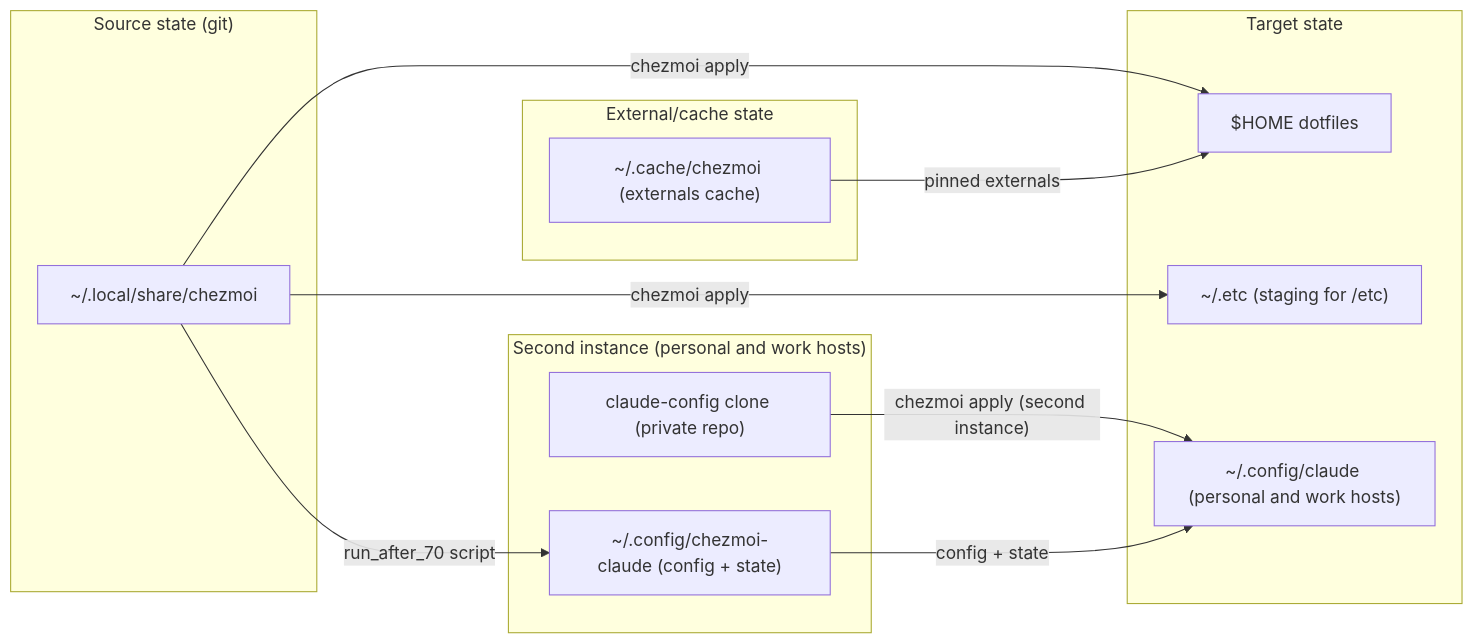
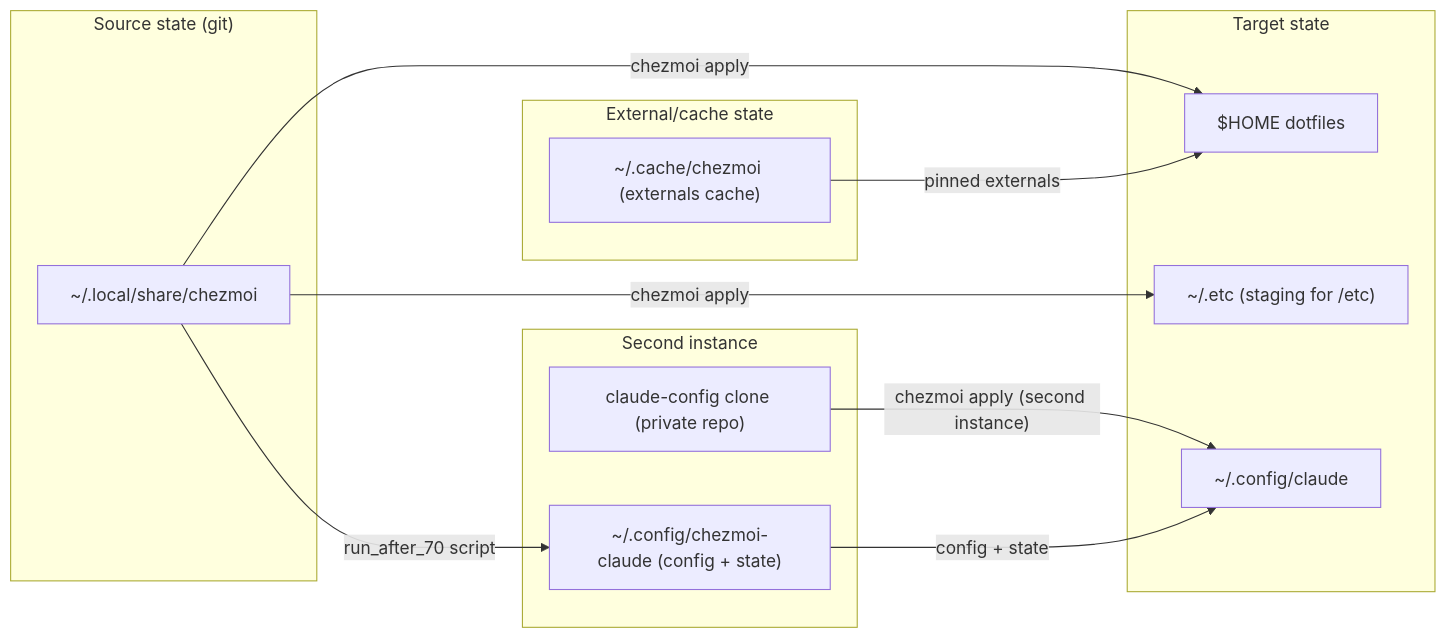
Before and after one commit to rvenutolo/dotfiles: the third of 3 diagrams in docs/ARCHITECTURE.md, drawn with Mermaid. The commit also changed other lines of this file and 7 other files, not shown here.

First line of the commit message:
refactor: drop host-class gating of the Claude config instance

````diff
--- a/docs/ARCHITECTURE.md
+++ b/docs/ARCHITECTURE.md
@@ -64,25 +64,25 @@
 ```mermaid
 flowchart LR
     subgraph src["Source state (git)"]
         s1["~/.local/share/chezmoi"]
     end
     subgraph tgt["Target state"]
         t1["$HOME dotfiles"]
         t2["~/.etc (staging for /etc)"]
-        t3["~/.config/claude (personal and work hosts)"]
+        t3["~/.config/claude"]
     end
     subgraph ext["External/cache state"]
         e1["~/.cache/chezmoi (externals cache)"]
     end
-    subgraph cc["Second instance (personal and work hosts)"]
+    subgraph cc["Second instance"]
         c1["claude-config clone (private repo)"]
         c2["~/.config/chezmoi-claude (config + state)"]
     end
 
     s1 -- "chezmoi apply" --> t1
     s1 -- "chezmoi apply" --> t2
     e1 -- "pinned externals" --> t1
     s1 -- "run_after_70 script" --> c2
     c1 -- "chezmoi apply (second instance)" --> t3
     c2 -- "config + state" --> t3
 ```
````
